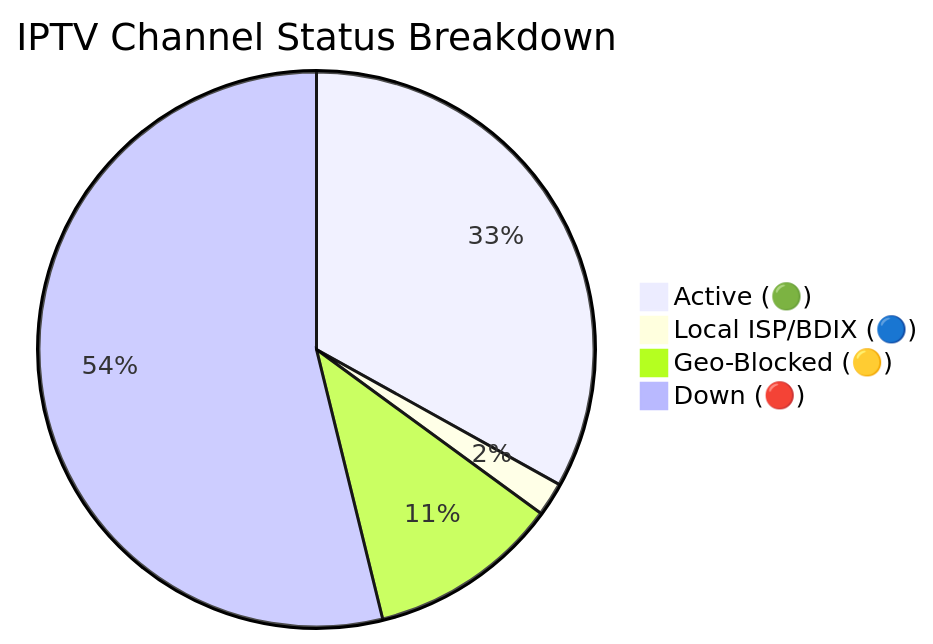
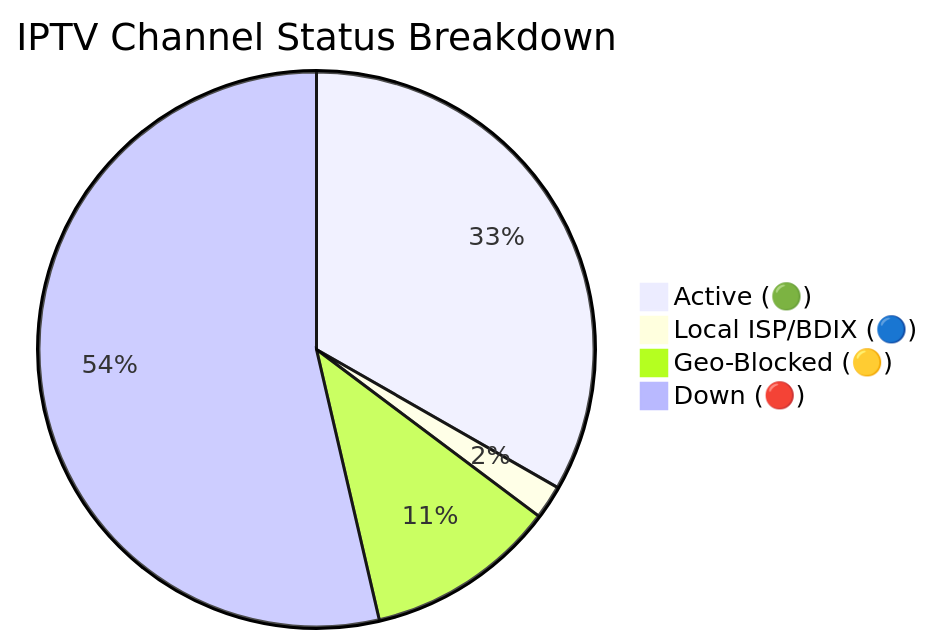
One commit to andreataylord/Ip-tv-Collection changed the diagram in README.md. Above: the diagram before and after it, drawn with Mermaid. The commit also changed other lines of this file and 1 other file, not shown here.

Commit message:
docs(readme): auto-update daily channel status chart

````diff
--- a/README.md
+++ b/README.md
@@ -59,7 +59,7 @@
 ```mermaid
 pie title IPTV Channel Status Breakdown
-    "Active (🟢)" : 2158
+    "Active (🟢)" : 2171
     "Local ISP/BDIX (🔵)" : 128
     "Geo-Blocked (🟡)" : 726
-    "Down (🔴)" : 3512
+    "Down (🔴)" : 3499
 ```
````
